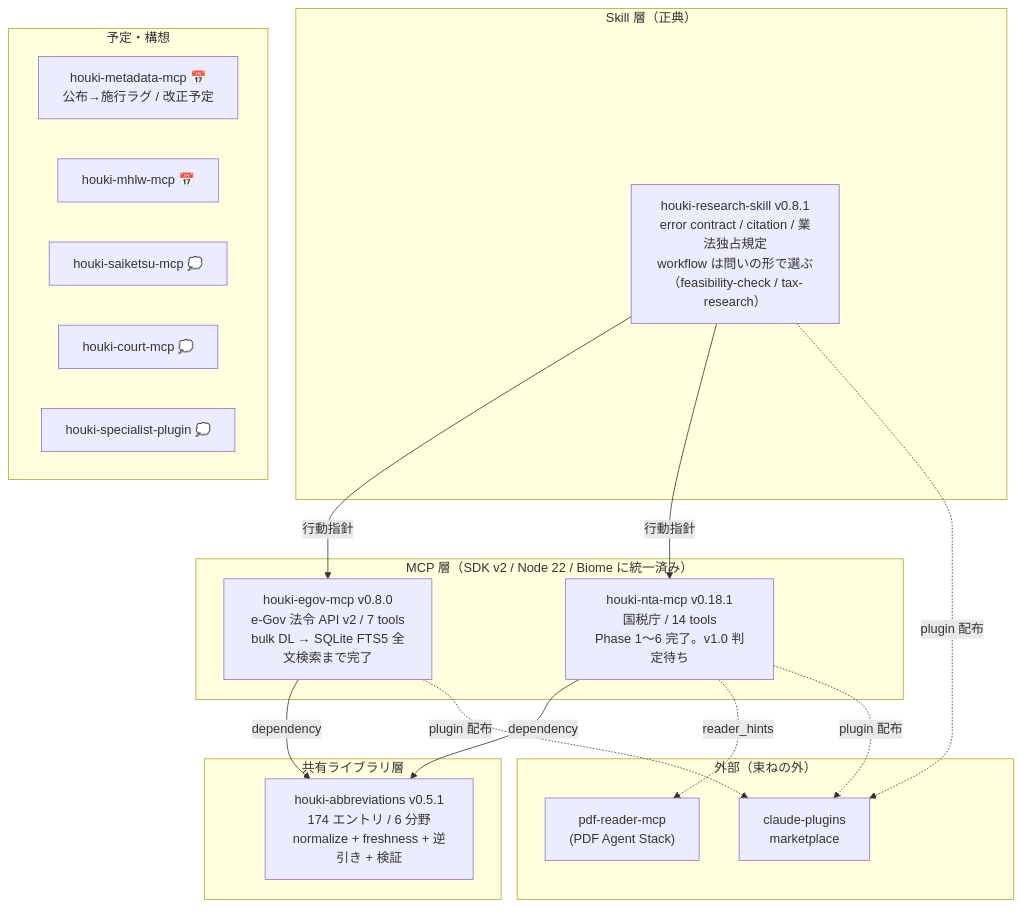
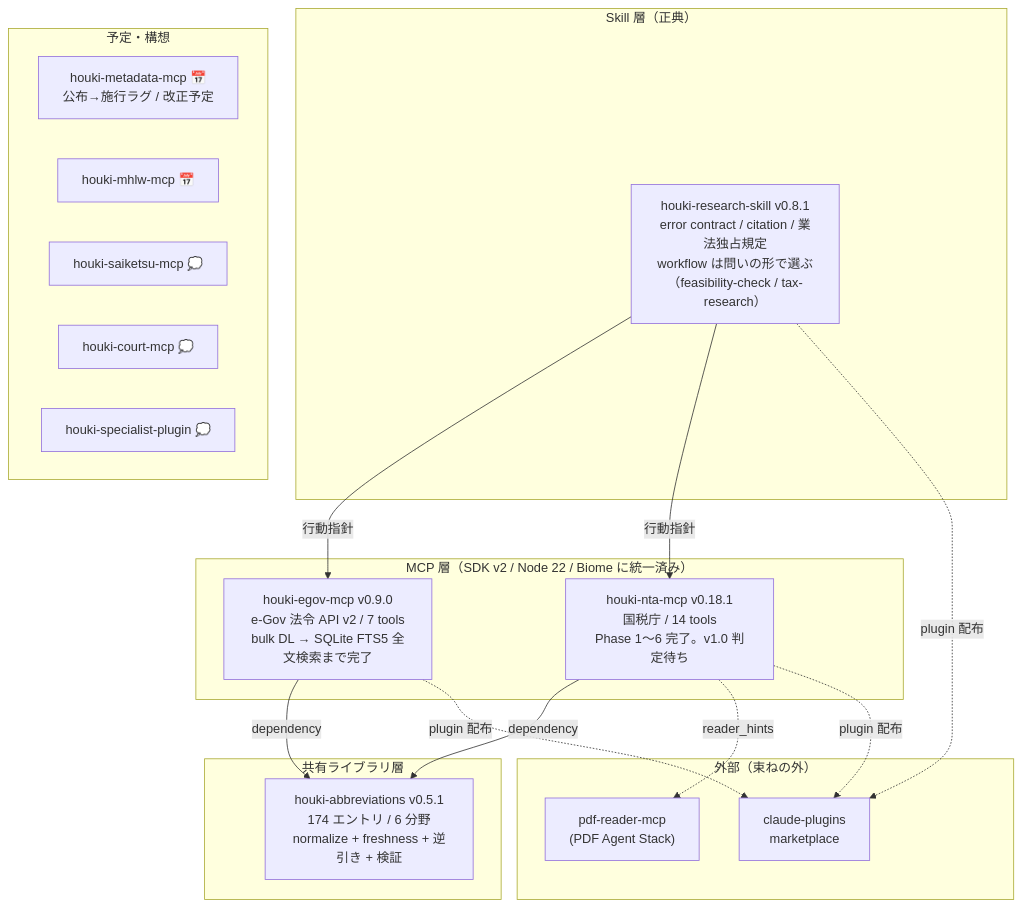
Before and after one commit to shuji-bonji/houki-hub: the diagram in docs/ROADMAP.md, drawn with Mermaid. The commit also changed other lines of this file and 1 other file, not shown here.

First line of the commit message:
docs: houki-egov-mcp 0.9.0（コードの変更なし）の経緯と版表記

````diff
--- a/docs/ROADMAP.md
+++ b/docs/ROADMAP.md
@@ -8,28 +8,28 @@
 ```mermaid
 graph TB
     subgraph Skill層["Skill 層（正典）"]
         SKILL["houki-research-skill v0.8.1<br/>error contract / citation / 業法独占規定<br/>workflow は問いの形で選ぶ（feasibility-check / tax-research）"]
     end
     subgraph MCP層["MCP 層（SDK v2 / Node 22 / Biome に統一済み）"]
-        EGOV["houki-egov-mcp v0.8.0<br/>e-Gov 法令 API v2 / 7 tools<br/>bulk DL → SQLite FTS5 全文検索まで完了"]
+        EGOV["houki-egov-mcp v0.9.0<br/>e-Gov 法令 API v2 / 7 tools<br/>bulk DL → SQLite FTS5 全文検索まで完了"]
         NTA["houki-nta-mcp v0.18.1<br/>国税庁 / 14 tools<br/>Phase 1〜6 完了。v1.0 判定待ち"]
     end
     subgraph 共有層["共有ライブラリ層"]
         ABBR["houki-abbreviations v0.5.1<br/>174 エントリ / 6 分野<br/>normalize + freshness + 逆引き + 検証"]
     end
     subgraph 外部["外部（束ねの外）"]
         PDF["pdf-reader-mcp<br/>(PDF Agent Stack)"]
         PLUGINS["claude-plugins<br/>marketplace"]
     end
     SKILL -->|行動指針| EGOV & NTA
     EGOV & NTA -->|dependency| ABBR
     NTA -.->|reader_hints| PDF
     EGOV & NTA & SKILL -.->|plugin 配布| PLUGINS
     subgraph 将来["予定・構想"]
         META["houki-metadata-mcp 📅<br/>公布→施行ラグ / 改正予定"]
         MHLW["houki-mhlw-mcp 📅"]
         SAIKETSU["houki-saiketsu-mcp 💭"]
         COURT["houki-court-mcp 💭"]
         AGENT["houki-specialist-plugin 💭"]
     end
 ```
````
